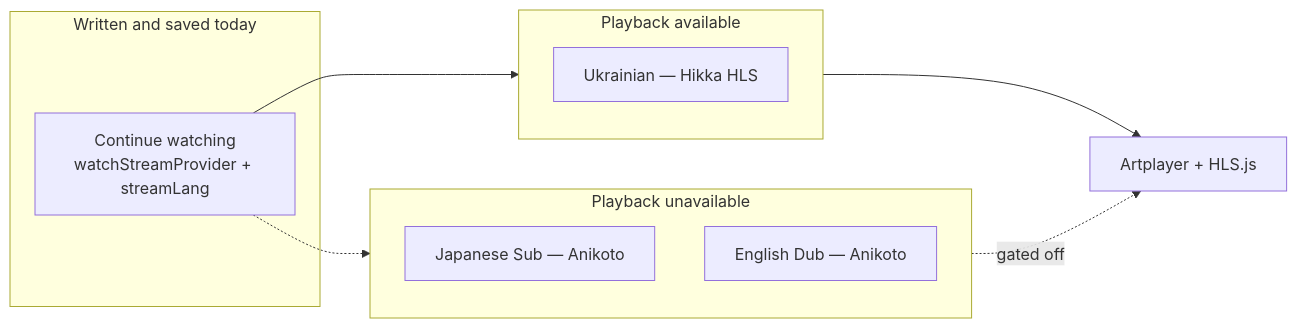
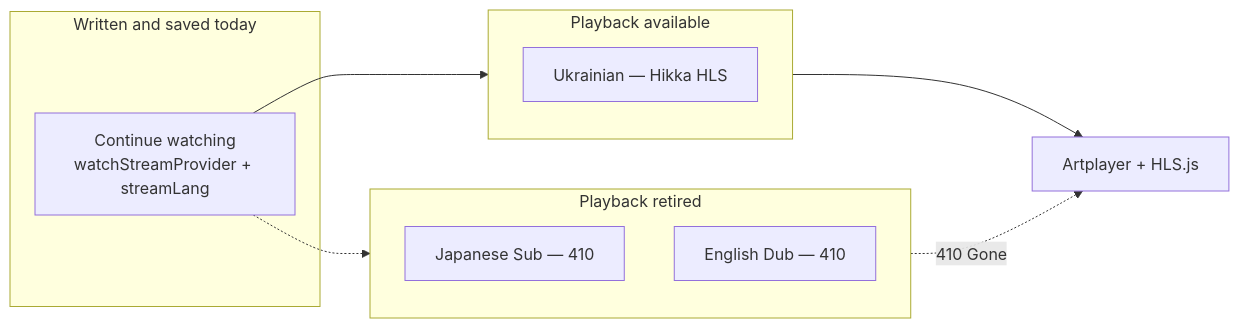
One commit to Pashahu1/OtakuFusion changed the first of 2 diagrams in README.md. Above: the diagram before and after it, drawn with Mermaid. The commit also changed other lines of this file and 9 other files, not shown here.

Commit message:
chore: retire Anikoto BFF with 410 Gone

````diff
--- a/README.md
+++ b/README.md
@@ -55,20 +49,20 @@
 ```mermaid
 flowchart LR
   subgraph persist [Written and saved today]
     Prefs["Continue watching<br/>watchStreamProvider + streamLang"]
   end
 
   subgraph live [Playback available]
     UA["Ukrainian — Hikka HLS"]
   end
 
-  subgraph gated [Playback unavailable]
-    JP["Japanese Sub — Anikoto"]
-    EN["English Dub — Anikoto"]
+  subgraph gated [Playback retired]
+    JP["Japanese Sub — 410"]
+    EN["English Dub — 410"]
   end
 
   Prefs --> live
   Prefs -.-> gated
   live --> Player["Artplayer + HLS.js"]
-  gated -.->|gated off| Player
+  gated -.->|410 Gone| Player
 ```
````
